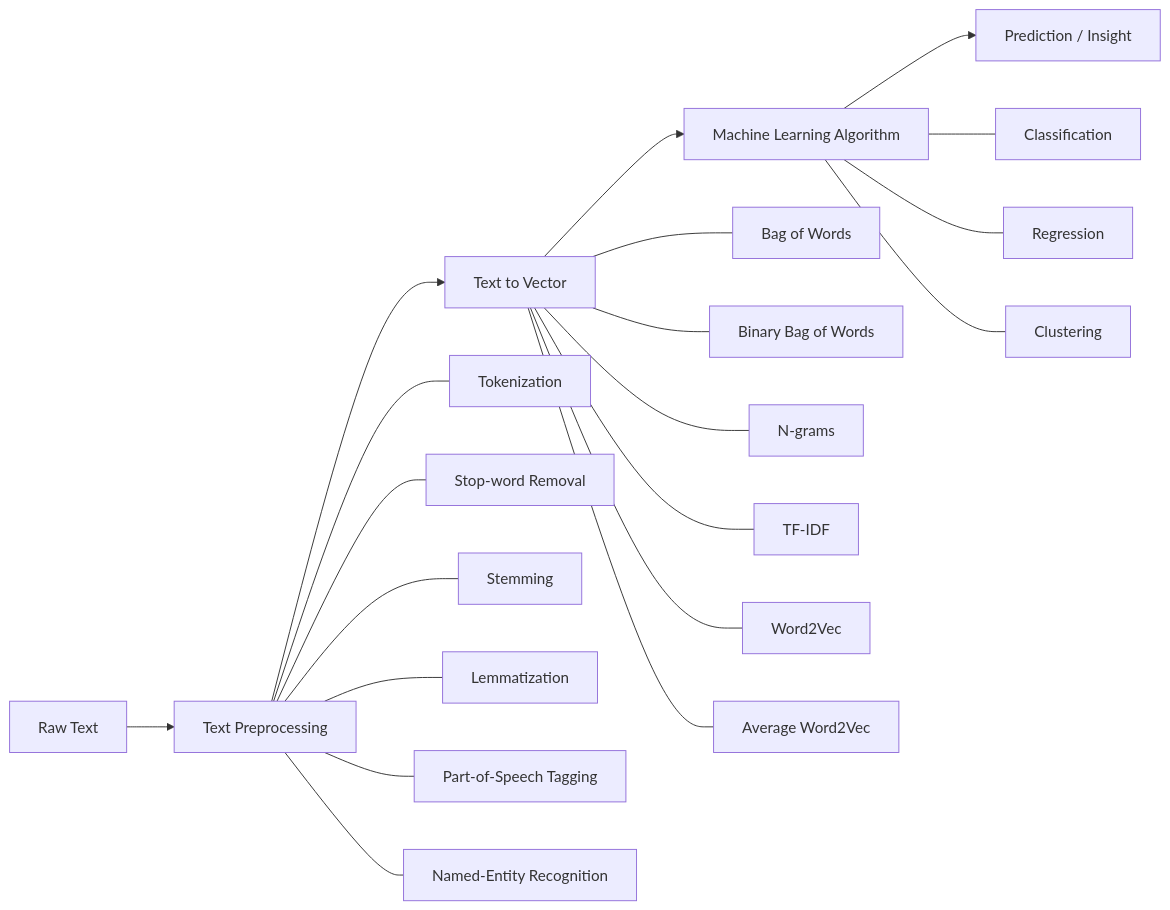
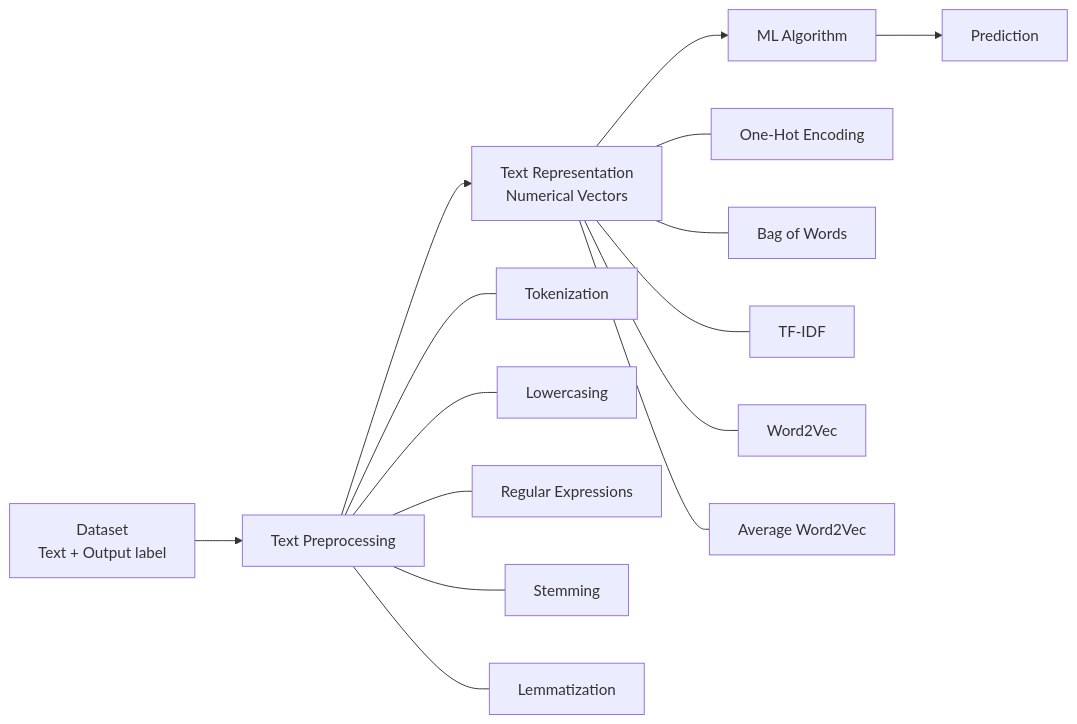
One commit to Debo12/genai_project changed the diagram in README.md. Above: the diagram before and after it, drawn with Mermaid. The commit also changed other lines of this file, not shown here.

Commit message:
readme updated

````diff
--- a/README.md
+++ b/README.md
@@ -7,25 +7,19 @@
 ```mermaid
 flowchart LR
-    A[Raw Text] --> B[Text Preprocessing]
-    B --> C[Text to Vector]
-    C --> D[Machine Learning Algorithm]
-    D --> E[Prediction / Insight]
+    A[Dataset<br/>Text + Output label] --> B[Text Preprocessing]
+    B --> C[Text Representation<br/>Numerical Vectors]
+    C --> D[ML Algorithm]
+    D --> E[Prediction]
 
     B --- B1[Tokenization]
-    B --- B2[Stop-word Removal]
-    B --- B3[Stemming]
-    B --- B4[Lemmatization]
-    B --- B5[Part-of-Speech Tagging]
-    B --- B6[Named-Entity Recognition]
+    B --- B2[Lowercasing]
+    B --- B3[Regular Expressions]
+    B --- B4[Stemming]
+    B --- B5[Lemmatization]
 
-    C --- C1[Bag of Words]
-    C --- C2[Binary Bag of Words]
-    C --- C3[N-grams]
-    C --- C4[TF-IDF]
-    C --- C5[Word2Vec]
-    C --- C6[Average Word2Vec]
-
-    D --- D1[Classification]
-    D --- D2[Regression]
-    D --- D3[Clustering]
+    C --- C1[One-Hot Encoding]
+    C --- C2[Bag of Words]
+    C --- C3[TF-IDF]
+    C --- C4[Word2Vec]
+    C --- C5[Average Word2Vec]
 ```
````
